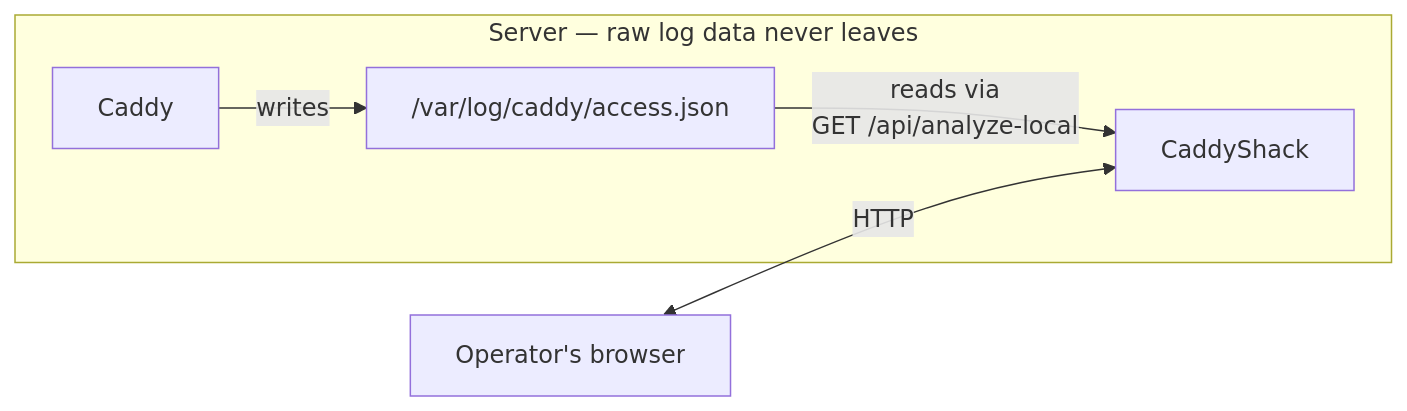
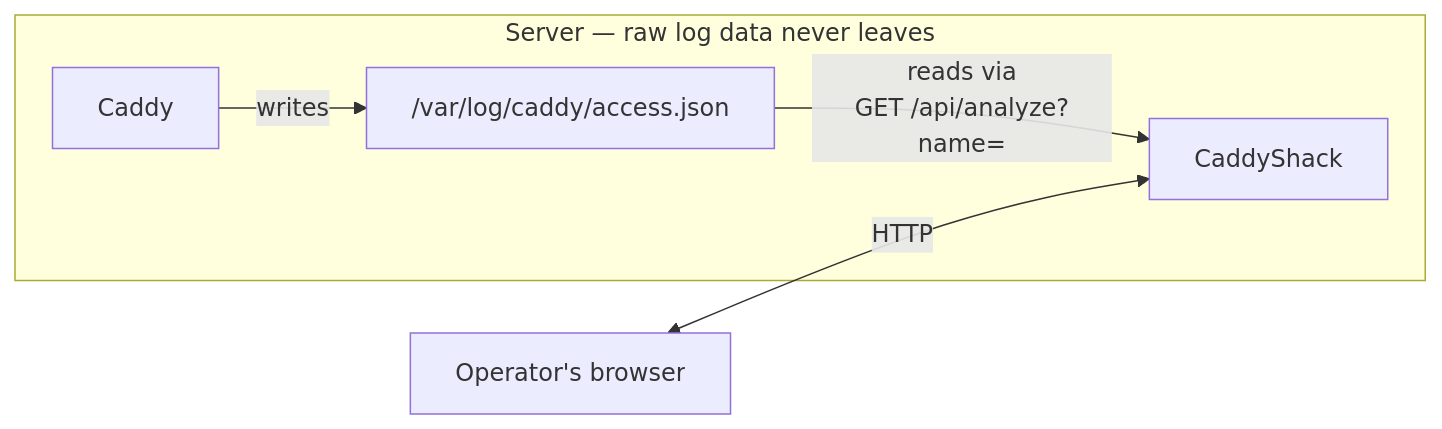
The third of 3 diagrams in doc/arch/07_deployment_view.md (bjblazko/caddyshack), drawn with Mermaid before and after one commit. The commit also changed other lines of this file and 8 other files, not shown here.

````diff
--- a/doc/arch/07_deployment_view.md
+++ b/doc/arch/07_deployment_view.md
@@ -69,8 +69,8 @@
 ```mermaid
 graph LR
     subgraph server["Server — raw log data never leaves"]
         caddy["Caddy"] -->|"writes"| logfile["/var/log/caddy/access.json"]
-        logfile -->|"reads via\nGET /api/analyze-local"| cs["CaddyShack"]
+        logfile -->|"reads via\nGET /api/analyze?name="| cs["CaddyShack"]
     end
     browser["Operator's browser"] <-->|"HTTP"| cs
 ```
````
